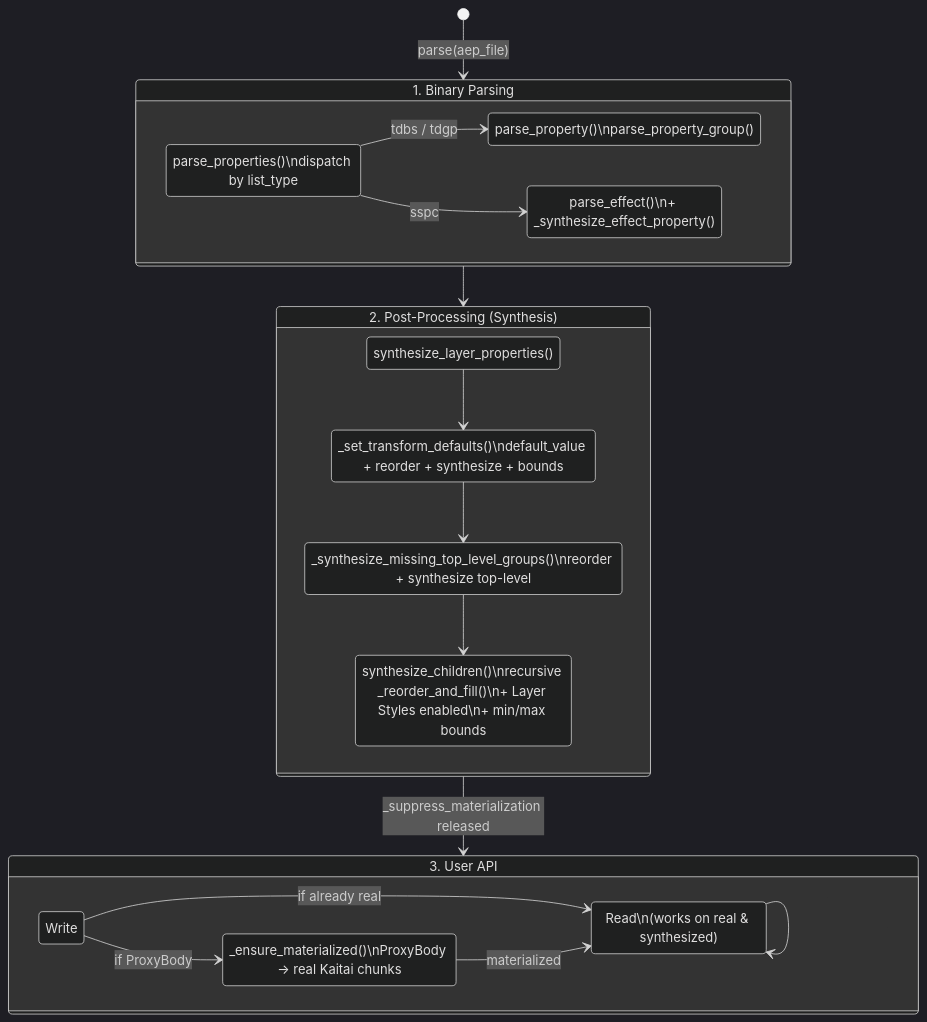
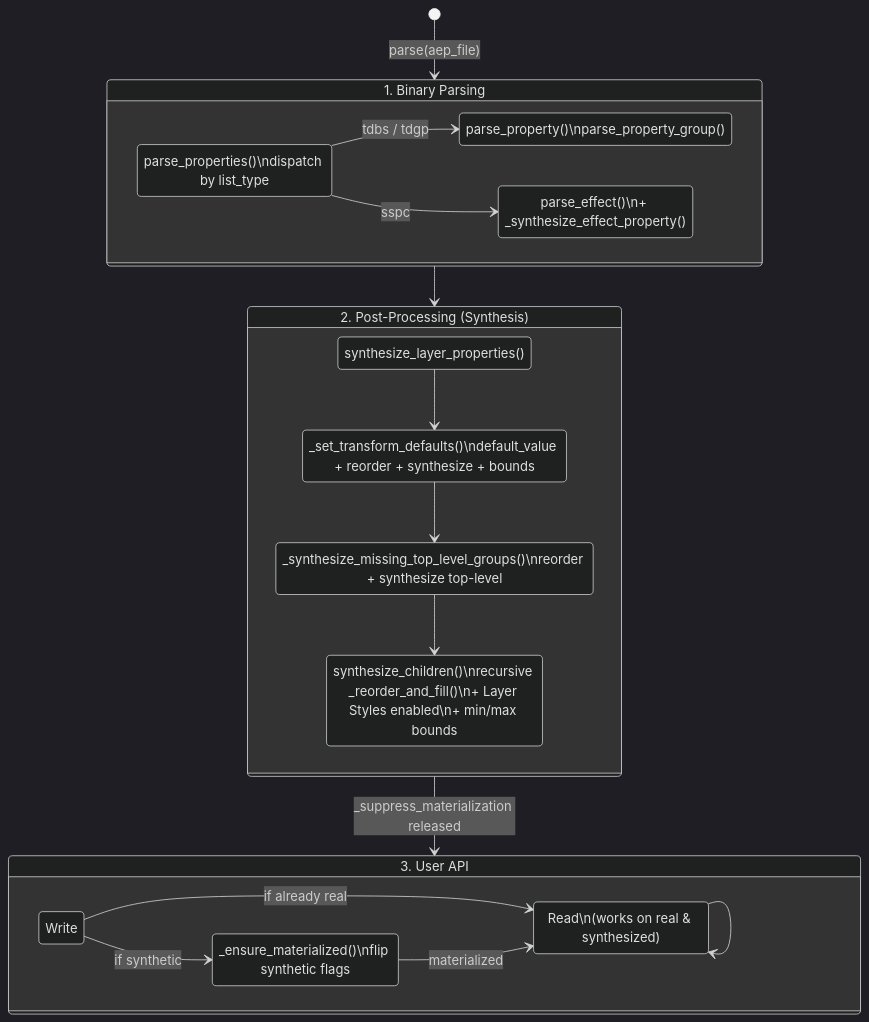
The second of 2 diagrams in CONTRIBUTING.md (forticheprod/py-aep), drawn with Mermaid (dark theme) before and after one commit. The commit also changed other lines of this file and 106 other files, not shown here.

````diff
--- a/CONTRIBUTING.md
+++ b/CONTRIBUTING.md
@@ -153,46 +143,46 @@
 ```mermaid
 stateDiagram-v2
     direction TB
 
     state "1. Binary Parsing" as Phase1
     state "2. Post-Processing (Synthesis)" as Phase2
     state "3. User API" as Phase3
 
     state Phase1 {
         direction LR
         state "parse_properties()\ndispatch by list_type" as Dispatch
         state "parse_property()\nparse_property_group()" as ParseProp
         state "parse_effect()\n+ _synthesize_effect_property()" as ParseEffect
 
         Dispatch --> ParseProp : tdbs / tdgp
         Dispatch --> ParseEffect : sspc
     }
 
     state Phase2 {
         direction TB
         state "synthesize_layer_properties()" as SLP
         state "_set_transform_defaults()\ndefault_value + reorder + synthesize + bounds" as STD
         state "_synthesize_missing_top_level_groups()\nreorder + synthesize top-level" as SMTLG
         state "synthesize_children()\nrecursive _reorder_and_fill()\n+ Layer Styles enabled\n+ min/max bounds" as SC
 
         SLP --> STD
         STD --> SMTLG
         SMTLG --> SC
     }
 
     state Phase3 {
         direction LR
         state "Read\n(works on real & synthesized)" as Read
         state "Write" as Write
-        state "_ensure_materialized()\nProxyBody -> real Kaitai chunks" as Mat
+        state "_ensure_materialized()\nflip synthetic flags" as Mat
 
         Read --> Read
-        Write --> Mat : if ProxyBody
+        Write --> Mat : if synthetic
         Write --> Read : if already real
         Mat --> Read : materialized
     }
 
     [*] --> Phase1 : parse(aep_file)
     Phase1 --> Phase2
     Phase2 --> Phase3 : _suppress_materialization released
 ```
````
